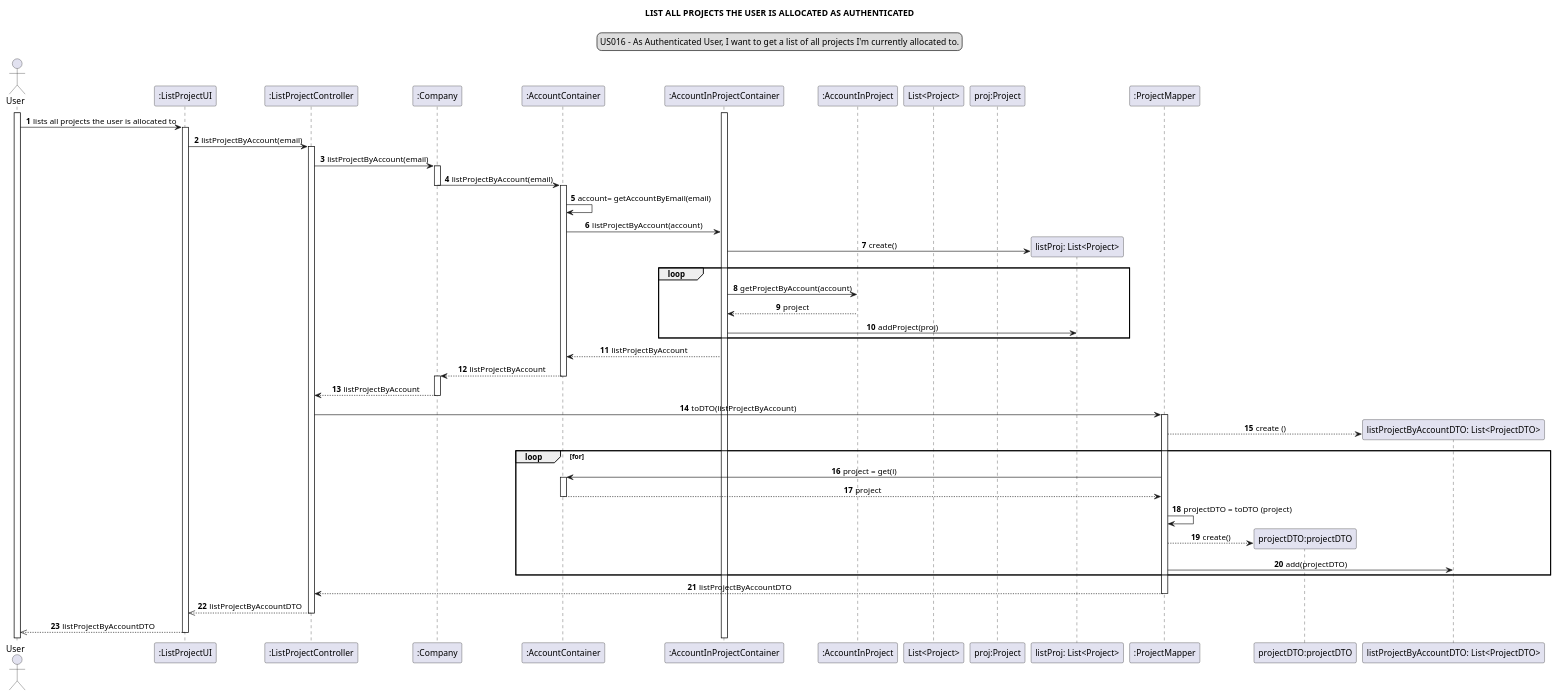
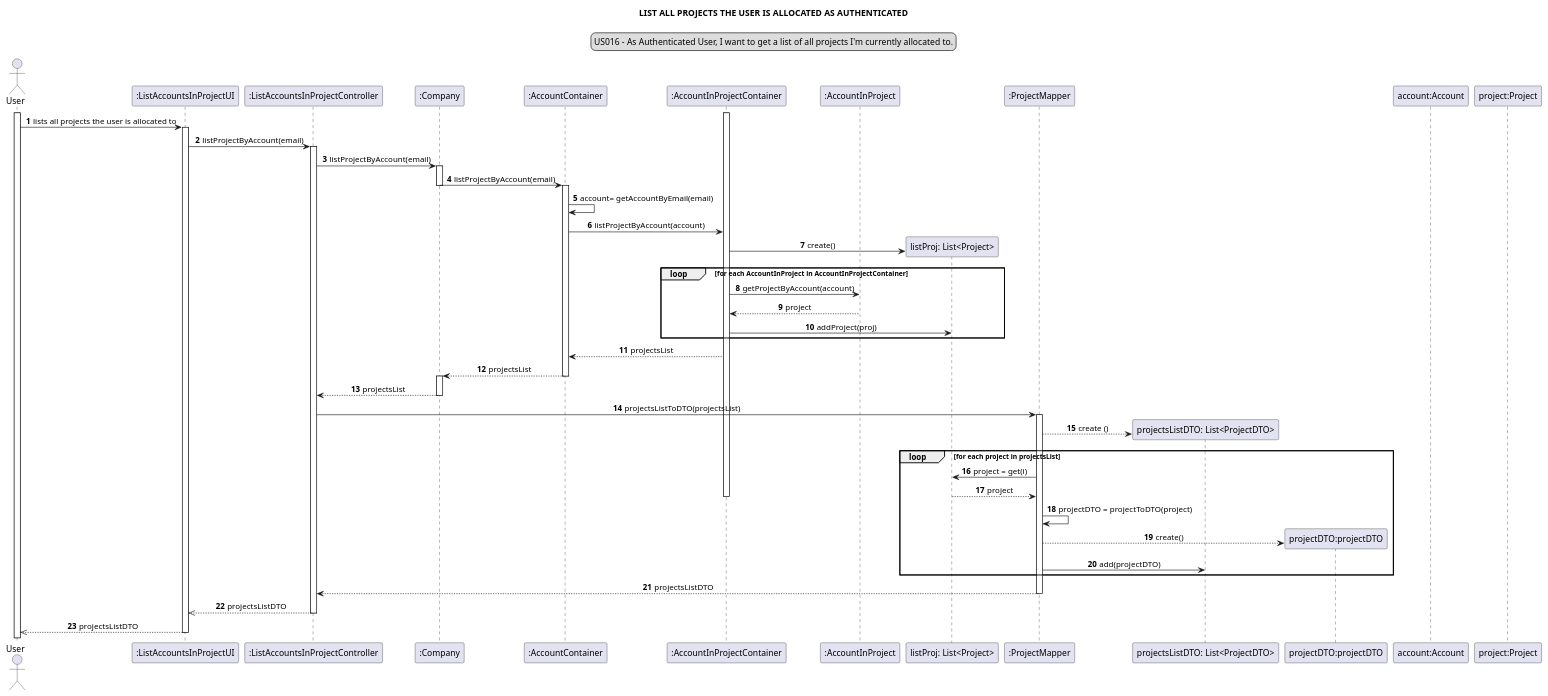
The diagram in docs/modelling_design/user_stories/us016/US016_sequenceDiagram.puml (Loracline/project_switch_22-23), drawn with PlantUML before and after one commit. The commit also changed 1 other file, not shown here.

Commit message:
US 016: design: completed class and sequence diagram

```diff
--- a/docs/modelling_design/user_stories/us016/US016_sequenceDiagram.puml
+++ b/docs/modelling_design/user_stories/us016/US016_sequenceDiagram.puml
@@ -1,69 +1,67 @@
 @startuml
 skinparam sequenceMessageAlign center
 title LIST ALL PROJECTS THE USER IS ALLOCATED AS AUTHENTICATED
 legend top
 US016 - As Authenticated User, I want to get a list of all projects I'm currently allocated to.
 end legend
 autonumber
 actor User
-participant ":ListProjectUI" as ui
-participant ":ListProjectController" as controller
+participant ":ListAccountsInProjectUI" as ui
+participant ":ListAccountsInProjectController" as controller
 participant ":Company" as company
 participant ":AccountContainer" as container
 participant ":AccountInProjectContainer" as aipc
 participant ":AccountInProject" as aip
-participant "List<Project>"
-participant "proj:Project"
 participant "listProj: List<Project>" as list
 participant ":ProjectMapper" as mapper
+participant "projectsListDTO: List<ProjectDTO>" as listdto
 participant "projectDTO:projectDTO" as DTO
-participant "listProjectByAccountDTO: List<ProjectDTO>" as listdto
-
+participant "account:Account"
+participant "project:Project"
 
 activate User
 User -> ui: lists all projects the user is allocated to
 activate ui
 ui -> controller: listProjectByAccount(email)
 activate controller
 controller -> company: listProjectByAccount(email)
 activate company
 company -> container: listProjectByAccount(email)
 deactivate company
 activate container
 container ->container: account= getAccountByEmail(email)
 container -> aipc: listProjectByAccount(account)
 create list
 aipc -> list :create()
-loop
+loop for each AccountInProject in AccountInProjectContainer
 aipc -> aip : getProjectByAccount(account)
 aip --> aipc : project
 aipc -> list : addProject(proj)
 end loop
 activate aipc
-aipc --> container : listProjectByAccount
-container--> company : listProjectByAccount
+aipc --> container : projectsList
+container--> company : projectsList
 deactivate container
 activate company
-company --> controller : listProjectByAccount
+company --> controller : projectsList
 deactivate company
-controller -> mapper: toDTO(listProjectByAccount)
+controller -> mapper: projectsListToDTO(projectsList)
 activate mapper
 create listdto
 mapper --> listdto : create ()
-loop for
-mapper -> container: project = get(i)
-activate container
-container --> mapper: project
-deactivate container
-mapper -> mapper : projectDTO = toDTO (project)
+loop for each project in projectsList
+mapper -> list: project = get(i)
+list --> mapper: project
+deactivate aipc
+mapper -> mapper : projectDTO = projectToDTO(project)
 create DTO
 mapper --> DTO : create()
 mapper ->listdto :add(projectDTO)
 end loop
-mapper --> controller :listProjectByAccountDTO
+mapper --> controller :projectsListDTO
 deactivate mapper
-controller -->> ui: listProjectByAccountDTO
+controller -->> ui: projectsListDTO
 deactivate controller
-ui -->> User: listProjectByAccountDTO
+ui -->> User: projectsListDTO
 deactivate ui
 @enduml
```
